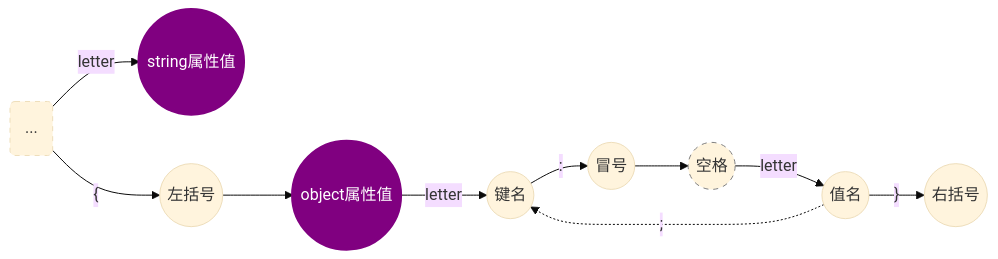
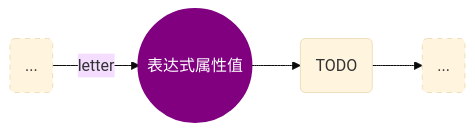
The fourth of 4 diagrams in README.MD (AngelPP52/tiny-compiler), drawn with Mermaid (base theme) before and after one commit. The commit also changed other lines of this file and 6 other files, not shown here.

````diff
--- a/README.MD
+++ b/README.MD
@@ -123,15 +114,12 @@
 ```mermaid
 graph LR
-start(...) --> |letter|attrValue((string属性值))
-start --> |&#123|bracketL((左括号)) --> attrValue2((object属性值)) --> |letter|key((键名)) --> |:|paren1((冒号)) --> |&#32|whiteSpace((空格)) --> |letter|value((值名)) -.-> |&#59|key
-value --> |&#125|bracketR((右括号))
+
+start(...) --> |letter|attrValue((表达式属性值)) --> todo(TODO) --> end1(...)
 
 classDef purple stroke:purple,fill: purple,color:white,stroke-width:4
 class attrValue purple
-class attrValue2 purple
 
 classDef stroke-dash stroke-dasharray: 5,5
-classDef stroke-dash-gray stroke:gray,stroke-dasharray: 5,5
 class start stroke-dash
-class whiteSpace stroke-dash-gray
+class end1 stroke-dash
 ```
````
